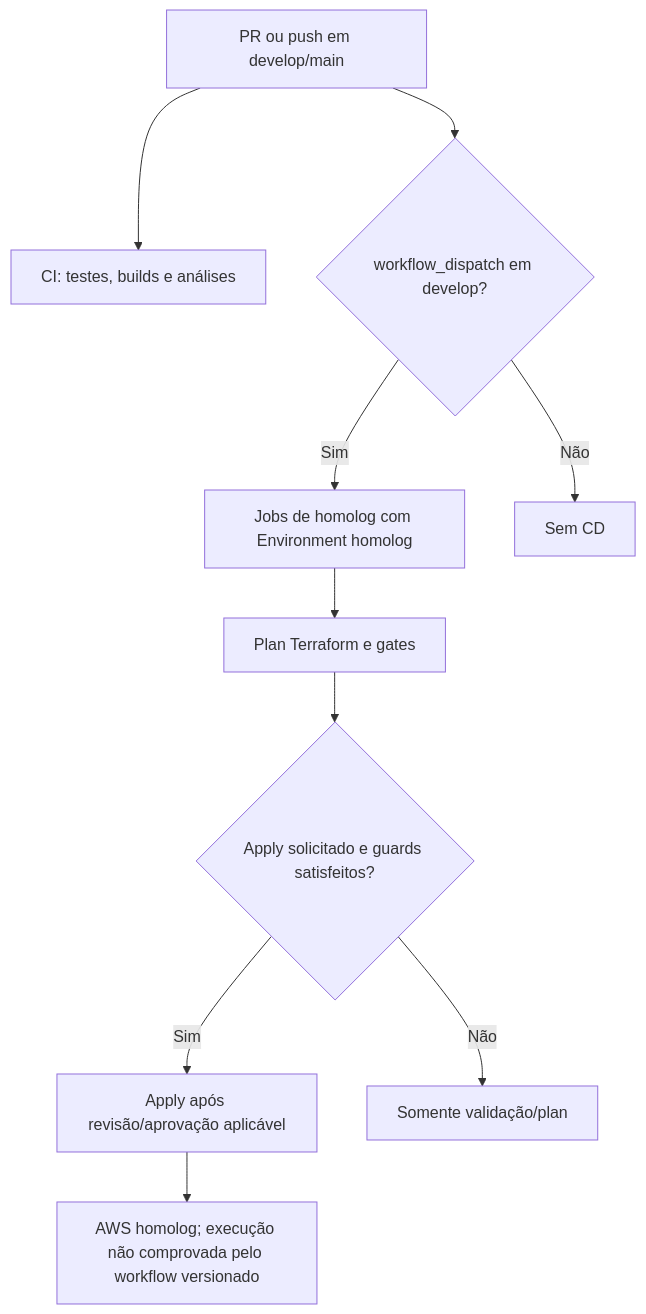
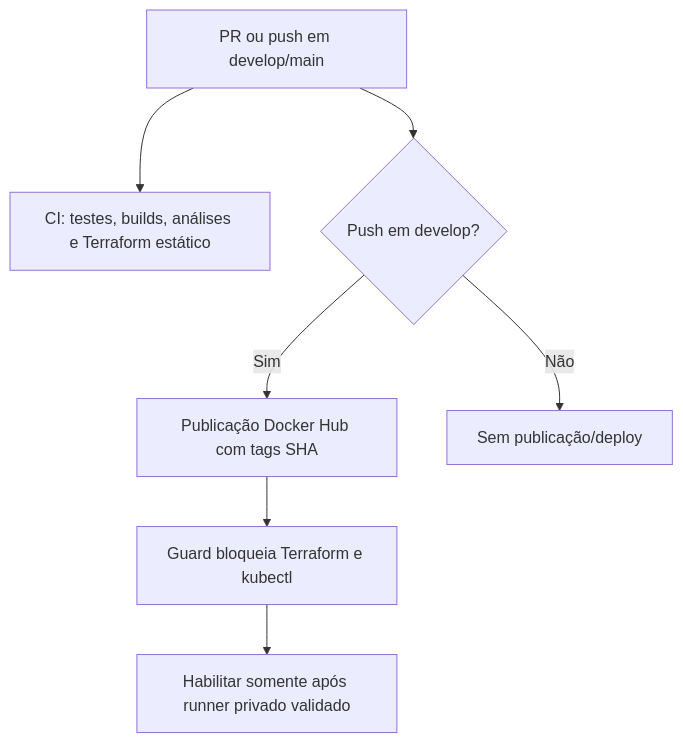
Before and after one commit to BrunoSousa06/autoflow: the first of 2 diagrams in README.md, drawn with Mermaid. The commit also changed other lines of this file and 4 other files, not shown here.

Commit message:
ci: publicar imagens SHA e bloquear deploy sem acesso privado

````diff
--- a/README.md
+++ b/README.md
@@ -211,12 +207,9 @@
 ```mermaid
 flowchart TD
-  A[PR ou push em develop/main] --> B[CI: testes, builds e análises]
-  A --> E{workflow_dispatch em develop?}
-  E -->|Sim| F[Jobs de homolog com Environment homolog]
-  F --> G[Plan Terraform e gates]
-  G --> H{Apply solicitado e guards satisfeitos?}
-  H -->|Sim| I[Apply após revisão/aprovação aplicável]
-  H -->|Não| J[Somente validação/plan]
-  I --> K[AWS homolog; execução não comprovada pelo workflow versionado]
-  E -->|Não| L[Sem CD]
+  A[PR ou push em develop/main] --> B[CI: testes, builds, análises e Terraform estático]
+  A --> C{Push em develop?}
+  C -->|Sim| D[Publicação Docker Hub com tags SHA]
+  D --> E[Guard bloqueia Terraform e kubectl]
+  C -->|Não| F[Sem publicação/deploy]
+  E --> G[Habilitar somente após runner privado validado]
 ```
````
